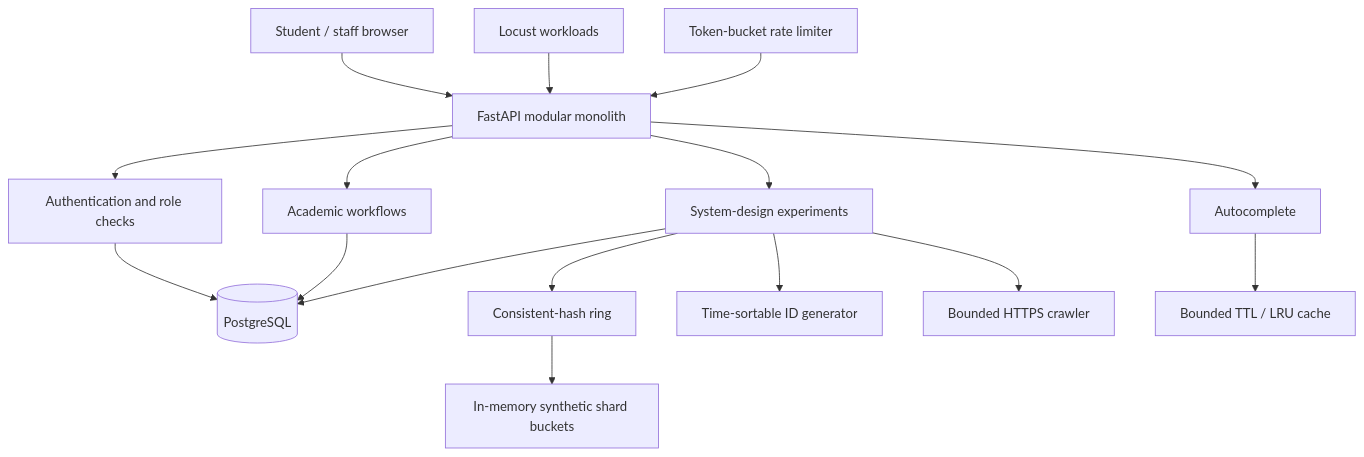
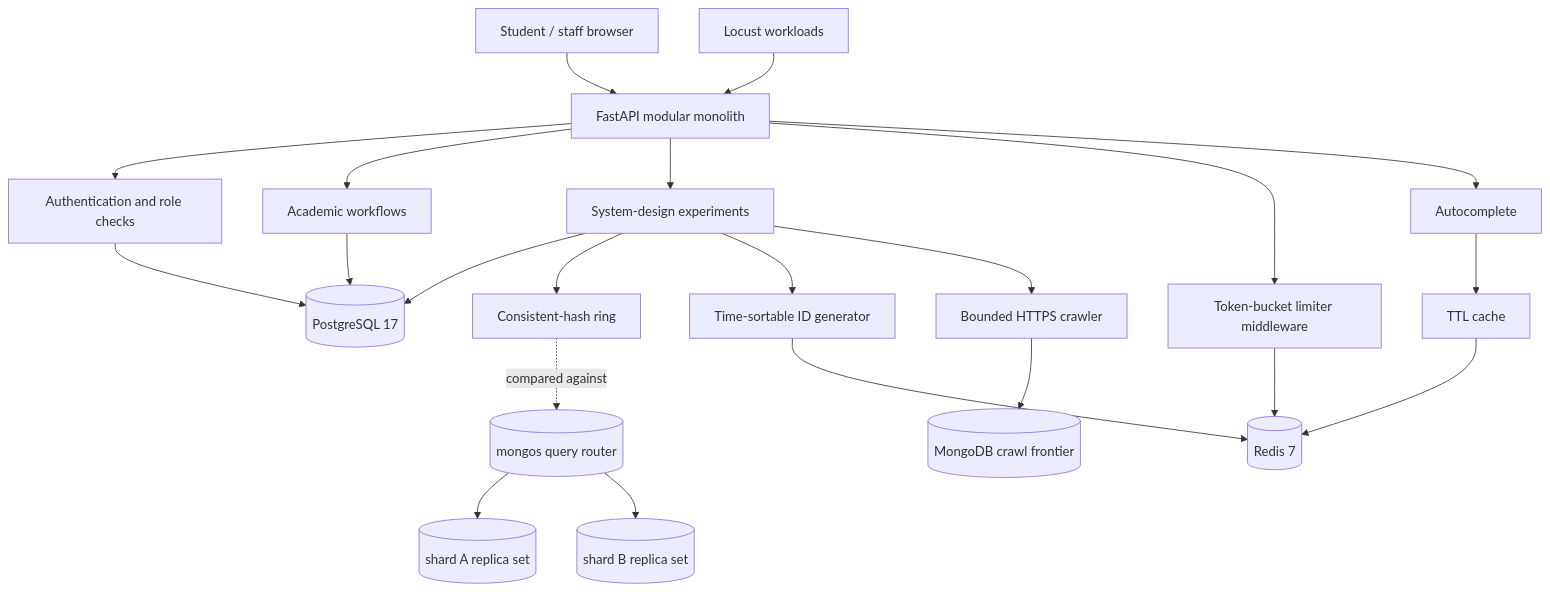
Before and after one commit to Akash231005/Student-information-system: the diagram in sis-app/docs/ARCHITECTURE.md, drawn with Mermaid. The commit also changed other lines of this file and 41 other files, not shown here.

````diff
--- a/sis-app/docs/ARCHITECTURE.md
+++ b/sis-app/docs/ARCHITECTURE.md
@@ -5,18 +5,24 @@
 ```mermaid
 flowchart TB
   Browser[Student / staff browser] --> API[FastAPI modular monolith]
   Load[Locust workloads] --> API
   API --> Auth[Authentication and role checks]
   API --> Academic[Academic workflows]
   API --> Design[System-design experiments]
-  Auth --> DB[(PostgreSQL)]
+  Auth --> DB[(PostgreSQL 17)]
   Academic --> DB
   Design --> DB
-  Auto[Autocomplete] --> Cache[Bounded TTL / LRU cache]
-  API --> Auto
-  Middleware[Token-bucket rate limiter] --> API
+  API --> Middleware[Token-bucket limiter middleware]
+  Middleware --> Redis[(Redis 7)]
+  API --> Auto[Autocomplete]
+  Auto --> Cache[TTL cache]
+  Cache --> Redis
   Design --> Ring[Consistent-hash ring]
-  Ring --> Shards[In-memory synthetic shard buckets]
+  Ring -.compared against.-> Router[(mongos query router)]
+  Router --> ShardA[(shard A replica set)]
+  Router --> ShardB[(shard B replica set)]
   Design --> IDs[Time-sortable ID generator]
+  IDs --> Redis
   Design --> Crawler[Bounded HTTPS crawler]
+  Crawler --> Frontier[(MongoDB crawl frontier)]
 ```
````
